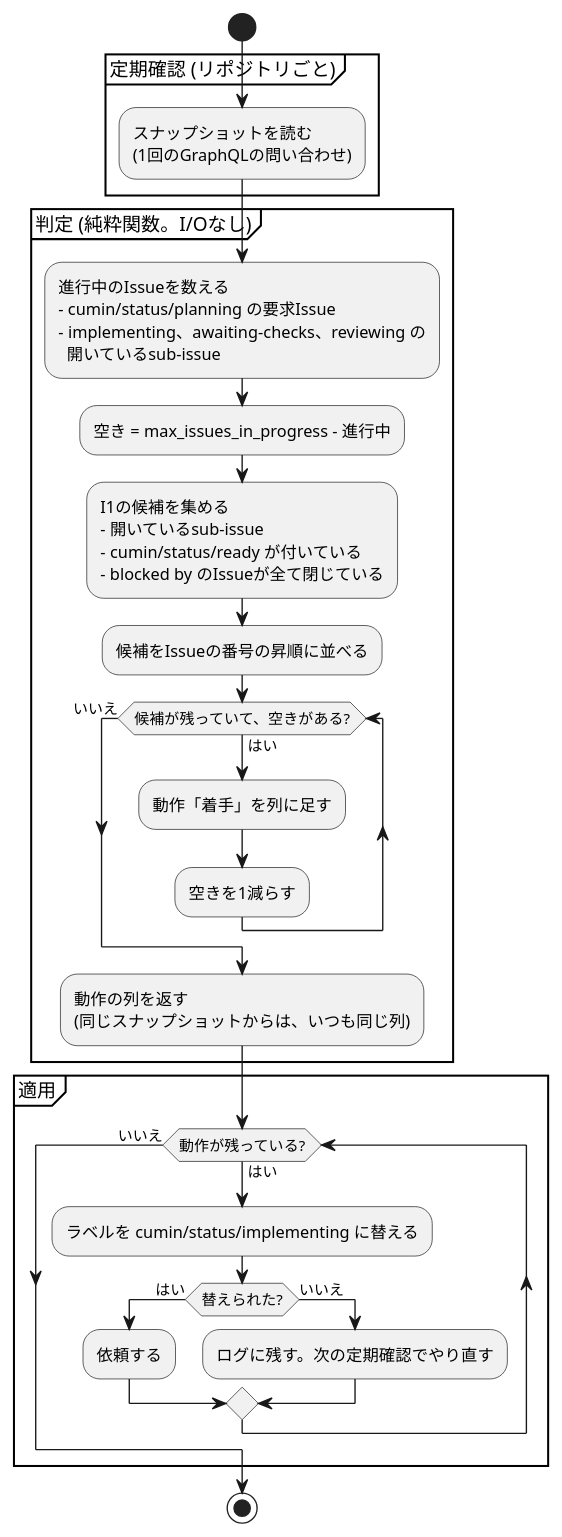
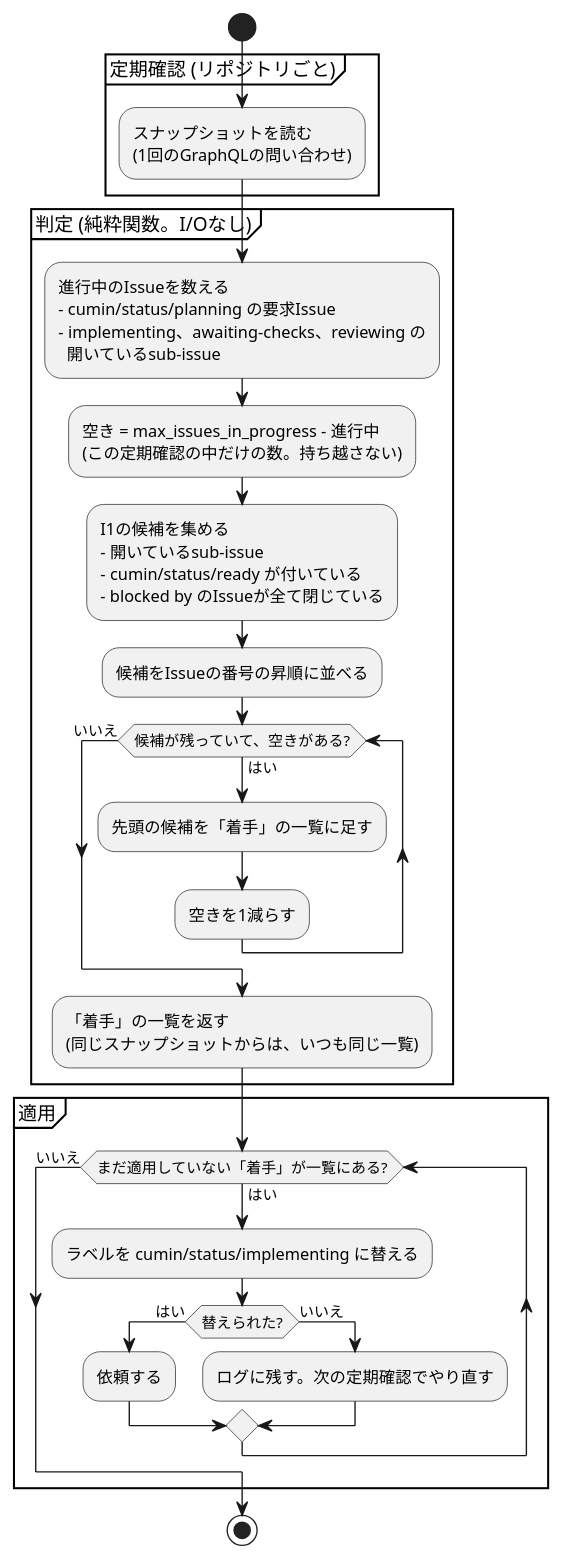
The diagram in docs/ja/designs/cumin-core-decide.puml (cloveclovedev/cumin-works), drawn with PlantUML before and after one commit. The commit also changed 2 other files, not shown here.

Commit message:
docs(designs): clarify the words of the poll decision flowchart
Refs #63

Claude-Session: https://claude.ai/code/session_01CuH4C7GSopw23VYFhpxdmr

```diff
--- a/docs/ja/designs/cumin-core-decide.puml
+++ b/docs/ja/designs/cumin-core-decide.puml
@@ -1,42 +1,43 @@
 @startuml cumin-core-decide
 ' cumin works - 定期確認の判定。スナップショットから動作の列を決める。
 ' 行の番号 (I1 など) は issue-states.md の表に対応する。
 ' SVGの書き出し: リポジトリの直下で scripts/render-diagrams.sh を実行する。
 skinparam shadowing false
 skinparam defaultFontName sans-serif
 
 start
 partition "定期確認 (リポジトリごと)" {
   :スナップショットを読む
   (1回のGraphQLの問い合わせ);
 }
 partition "判定 (純粋関数。I/Oなし)" {
   :進行中のIssueを数える
   - cumin/status/planning の要求Issue
   - implementing、awaiting-checks、reviewing の
     開いているsub-issue;
-  :空き = max_issues_in_progress - 進行中;
+  :空き = max_issues_in_progress - 進行中
+  (この定期確認の中だけの数。持ち越さない);
   :I1の候補を集める
   - 開いているsub-issue
   - cumin/status/ready が付いている
   - blocked by のIssueが全て閉じている;
   :候補をIssueの番号の昇順に並べる;
   while (候補が残っていて、空きがある?) is (はい)
-    :動作「着手」を列に足す;
+    :先頭の候補を「着手」の一覧に足す;
     :空きを1減らす;
   endwhile (いいえ)
-  :動作の列を返す
-  (同じスナップショットからは、いつも同じ列);
+  :「着手」の一覧を返す
+  (同じスナップショットからは、いつも同じ一覧);
 }
 partition "適用" {
-  while (動作が残っている?) is (はい)
+  while (まだ適用していない「着手」が一覧にある?) is (はい)
     :ラベルを cumin/status/implementing に替える;
     if (替えられた?) then (はい)
       :依頼する;
     else (いいえ)
       :ログに残す。次の定期確認でやり直す;
     endif
   endwhile (いいえ)
 }
 stop
 @enduml
```
